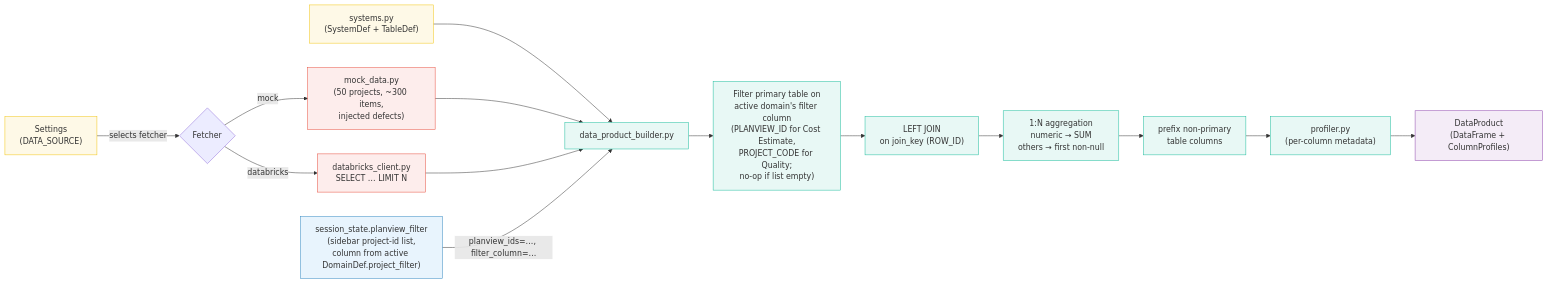
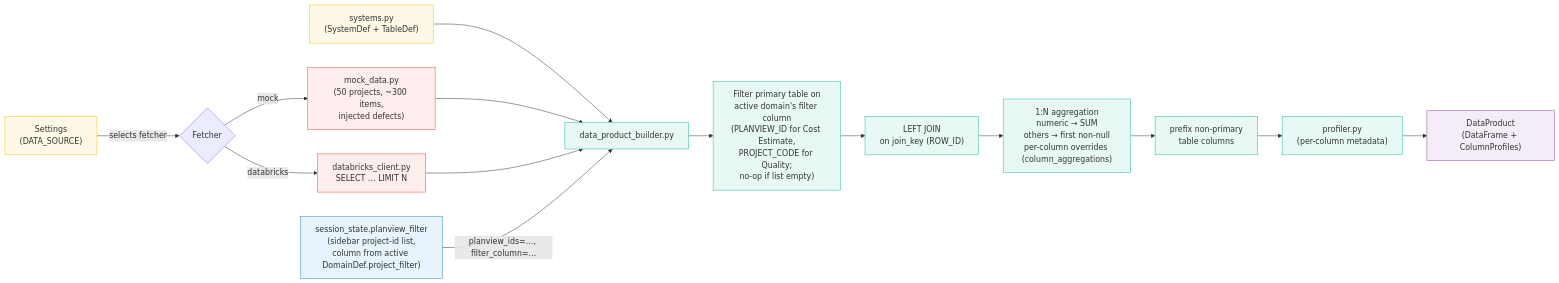
Before and after one commit to guimesi/data-quality-scorecard: the second of 5 diagrams in documents/BLOCK_DIAGRAM.md, drawn with Mermaid. The commit also changed 10 other files, not shown here.

````diff
--- a/documents/BLOCK_DIAGRAM.md
+++ b/documents/BLOCK_DIAGRAM.md
@@ -207,30 +207,30 @@
 ```mermaid
 flowchart LR
     SET["Settings<br/>(DATA_SOURCE)"] -->|"selects fetcher"| FETCH{Fetcher}
     FETCH -->|"mock"| MOCK["mock_data.py<br/>(50 projects, ~300 items,<br/>injected defects)"]
     FETCH -->|"databricks"| SF["databricks_client.py<br/>SELECT … LIMIT N"]
 
     SYS["systems.py<br/>(SystemDef + TableDef)"] --> DPB["data_product_builder.py"]
     MOCK --> DPB
     SF --> DPB
     PVF["session_state.planview_filter<br/>(sidebar project-id list,<br/>column from active DomainDef.project_filter)"] -->|"planview_ids=…, filter_column=…"| DPB
 
     DPB --> PFLT["Filter primary table on<br/>active domain's filter column<br/>(PLANVIEW_ID for Cost Estimate,<br/>PROJECT_CODE for Quality;<br/>no-op if list empty)"]
     PFLT --> JOIN["LEFT JOIN<br/>on join_key (ROW_ID)"]
-    JOIN --> AGG["1:N aggregation<br/>numeric → SUM<br/>others → first non-null"]
+    JOIN --> AGG["1:N aggregation<br/>numeric → SUM<br/>others → first non-null<br/>per-column overrides (column_aggregations)"]
     AGG --> PFX["prefix non-primary<br/>table columns"]
     PFX --> PROF["profiler.py<br/>(per-column metadata)"]
     PROF --> DP["DataProduct<br/>(DataFrame + ColumnProfiles)"]
 
     classDef cfg fill:#FEF9E7,stroke:#F1C40F
     classDef src fill:#FDEDEC,stroke:#E74C3C
     classDef core fill:#E8F8F5,stroke:#1ABC9C
     classDef out fill:#F4ECF7,stroke:#8E44AD
     classDef state fill:#E8F4FD,stroke:#2E86C1
 
     class SET,SYS cfg
     class MOCK,SF src
     class DPB,PFLT,JOIN,AGG,PFX,PROF core
     class DP out
     class PVF state
 ```
````
